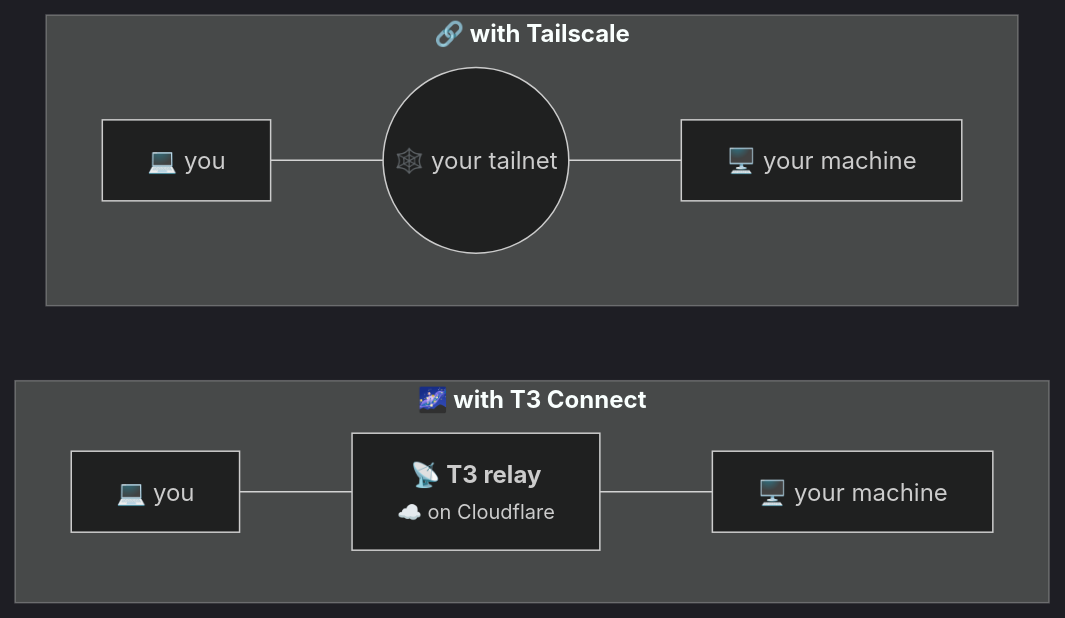
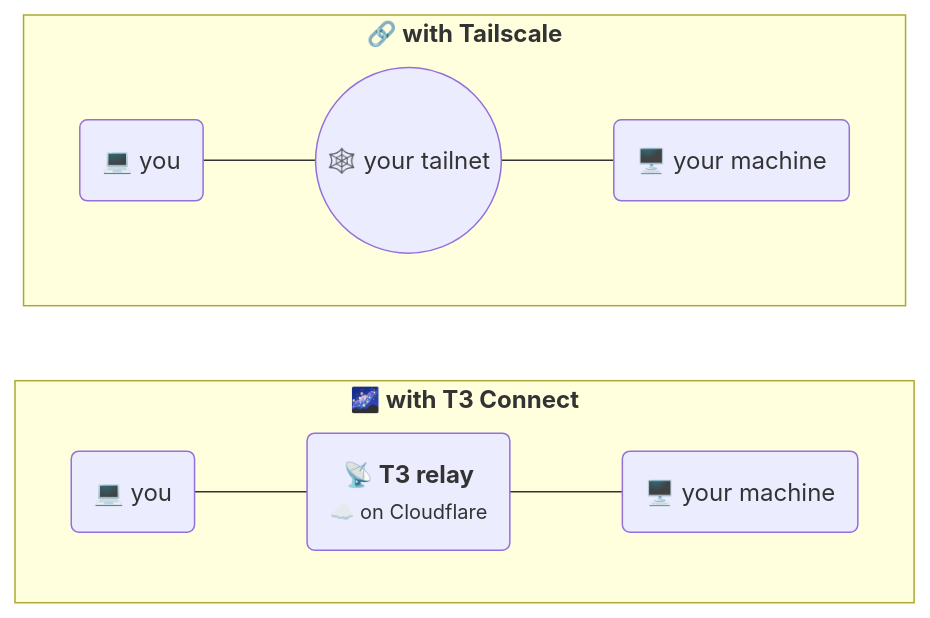
The sixth of 13 diagrams in presentations/oh-my-harness/slides.md (sayjeyhi/talks), drawn with Mermaid before and after one commit. The commit also changed other lines of this file and 16 other files, not shown here.

````diff
--- a/presentations/oh-my-harness/slides.md
+++ b/presentations/oh-my-harness/slides.md
@@ -1471,12 +1361,11 @@
 ```mermaid
-%%{init: {"theme": "dark"}}%%
 flowchart LR
     subgraph withConnect["<b>🌌 with T3 Connect</b>"]
         direction LR
-        you1["💻 you"] --- relay["<b>📡 T3 relay</b><br/><small>☁️ on Cloudflare</small>"] --- m1["🖥️ your machine"]
+        you1("💻 you") --- relay("<b>📡 T3 relay</b><br/><small>☁️ on Cloudflare</small>") --- m1("🖥️ your machine")
     end
     subgraph withTailscale["<b>🔗 with Tailscale</b>"]
         direction LR
-        you2["💻 you"] --- tailnet(("🕸️ your tailnet")) --- m2["🖥️ your machine"]
+        you2("💻 you") --- tailnet(("🕸️ your tailnet")) --- m2("🖥️ your machine")
     end
 ```
````
